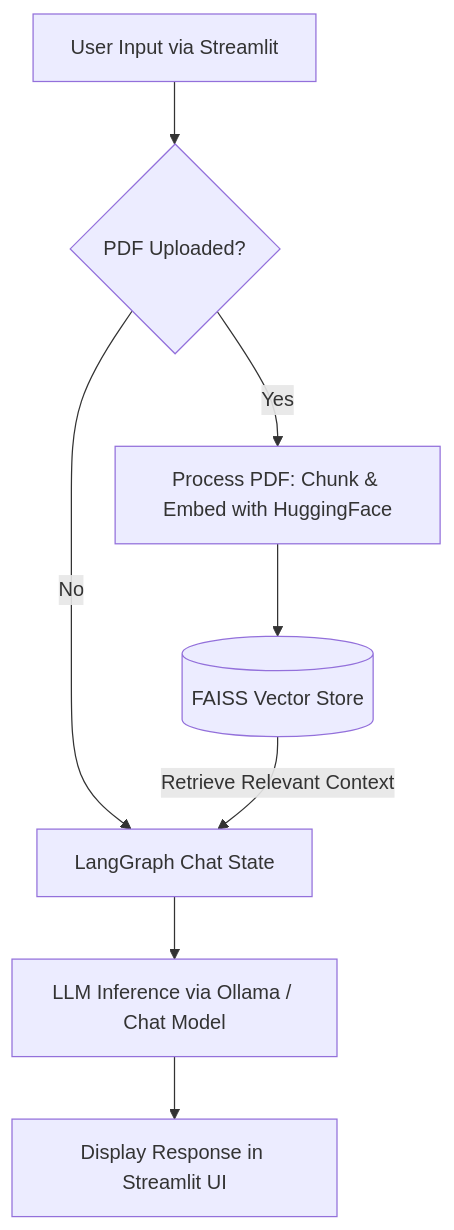
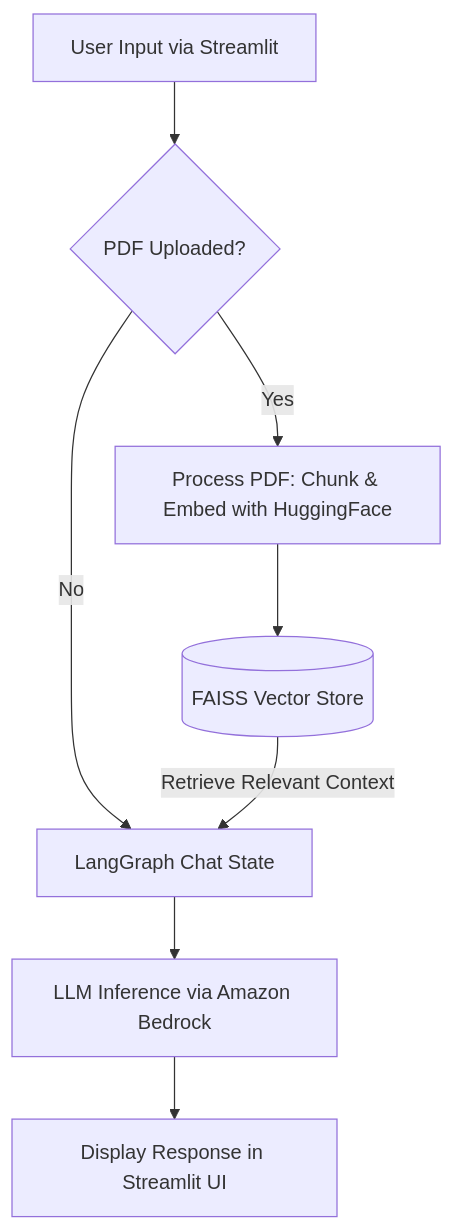
One commit to tarang7651/langgraph-rag-chatbot changed the diagram in README.md. Above: the diagram before and after it, drawn with Mermaid. The commit also changed other lines of this file, not shown here.

First line of the commit message:
Update README to reflect changes in AI inference setup

````diff
--- a/README.md
+++ b/README.md
@@ -22,10 +22,10 @@
 ```mermaid
 graph TD;
     A[User Input via Streamlit] --> B{PDF Uploaded?};
     B -- Yes --> C[Process PDF: Chunk & Embed with HuggingFace];
     C --> D[(FAISS Vector Store)];
     B -- No --> E[LangGraph Chat State];
     D --> |Retrieve Relevant Context| E;
-    E --> F[LLM Inference via Ollama / Chat Model];
+    E --> F[LLM Inference via Amazon Bedrock];
     F --> G[Display Response in Streamlit UI];
 ```
````
